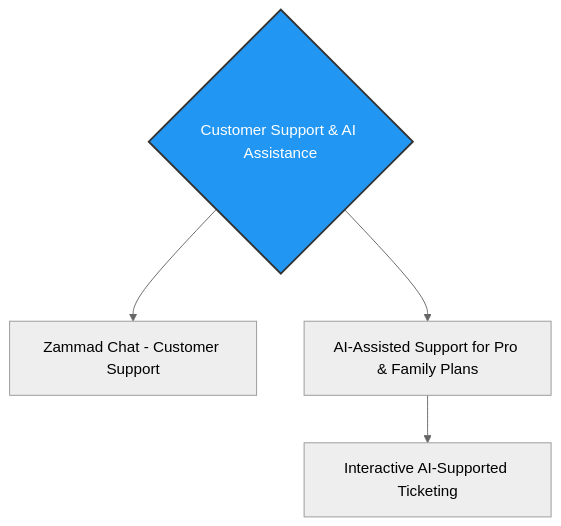
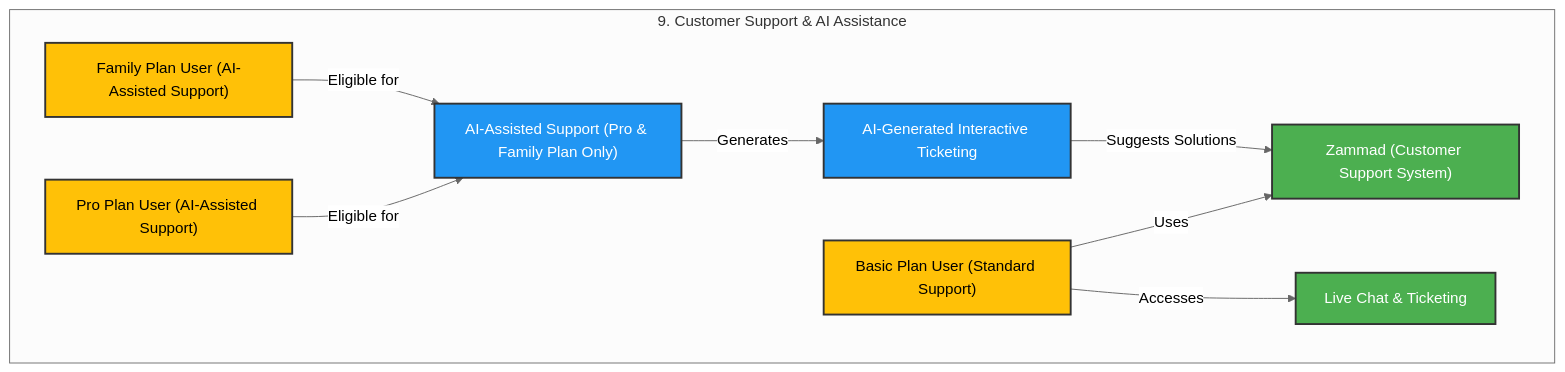
One commit to LuigiClemente/workflow changed the ninth of 10 diagrams in README.md. Above: the diagram before and after it, drawn with Mermaid (neutral theme). The commit also changed other lines of this file, not shown here.

````diff
--- a/README.md
+++ b/README.md
@@ -313,14 +433,28 @@
 ```mermaid
 flowchart TD
     %% Define Colors
-    classDef processStyle fill:#2196F3,stroke:#333,stroke-width:2px,color:#fff;
+    classDef supportStyle fill:#4CAF50,stroke:#333,stroke-width:2px,color:#fff;
+    classDef aiStyle fill:#2196F3,stroke:#333,stroke-width:2px,color:#fff;
+    classDef userStyle fill:#FFC107,stroke:#333,stroke-width:2px,color:#000;
 
-    %% Customer Support
-    customerSupport{"Customer Support & AI Assistance"}
-    class customerSupport processStyle
+    %% Customer Support & AI Assistance
+    subgraph Customer_Support["9. Customer Support & AI Assistance"]
+        Zammad["Zammad (Customer Support System)"]:::supportStyle
+        ChatSupport["Live Chat & Ticketing"]:::supportStyle
+        AIEnabled["AI-Assisted Support (Pro & Family Plan Only)"]:::aiStyle
+        InteractiveTickets["AI-Generated Interactive Ticketing"]:::aiStyle
+        UserBasic["Basic Plan User (Standard Support)"]:::userStyle
+        UserPro["Pro Plan User (AI-Assisted Support)"]:::userStyle
+        UserFamily["Family Plan User (AI-Assisted Support)"]:::userStyle
+    end
 
-    customerSupport --> zammadChat["Zammad Chat - Customer Support"]
-    customerSupport --> aiSupport["AI-Assisted Support for Pro & Family Plans"]
-    aiSupport --> interactiveTickets["Interactive AI-Supported Ticketing"]
+    %% Connections
+    UserBasic -->|Uses| Zammad
+    UserBasic -->|Accesses| ChatSupport
+
+    UserPro -->|Eligible for| AIEnabled
+    UserFamily -->|Eligible for| AIEnabled
+    AIEnabled -->|Generates| InteractiveTickets
+    InteractiveTickets -->|Suggests Solutions| Zammad
 
 ```
````
